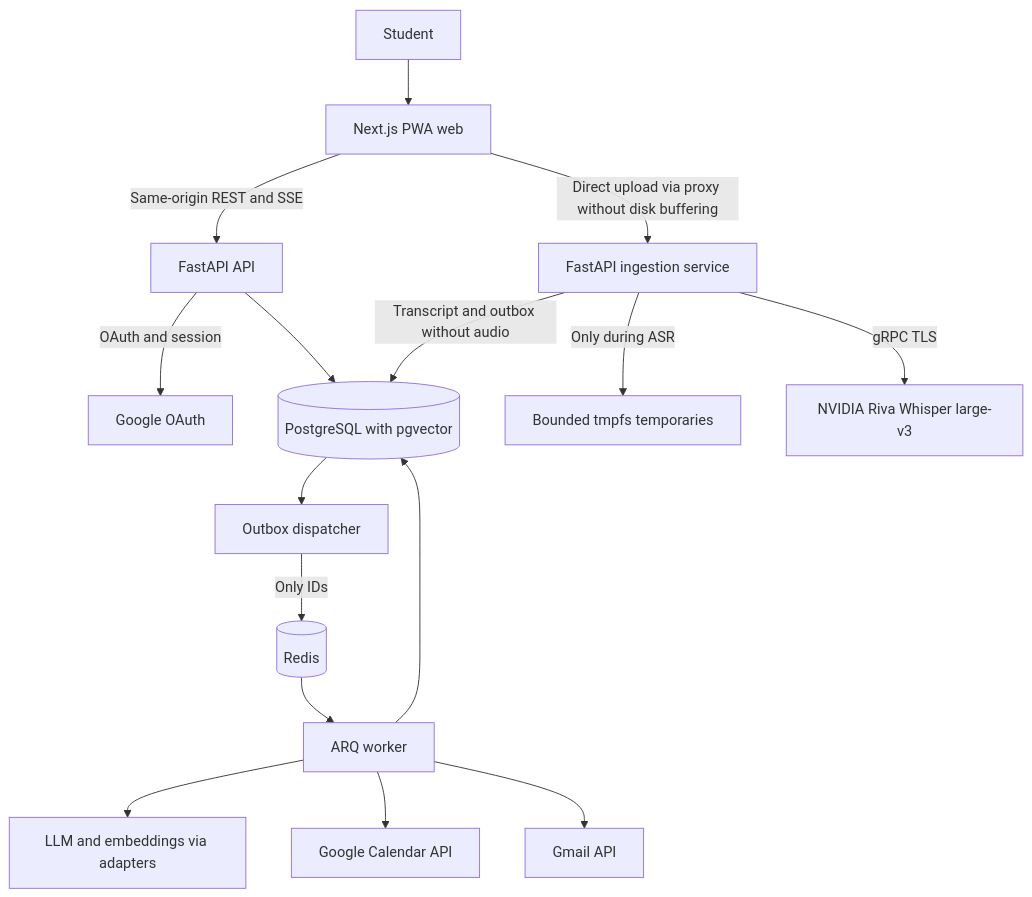
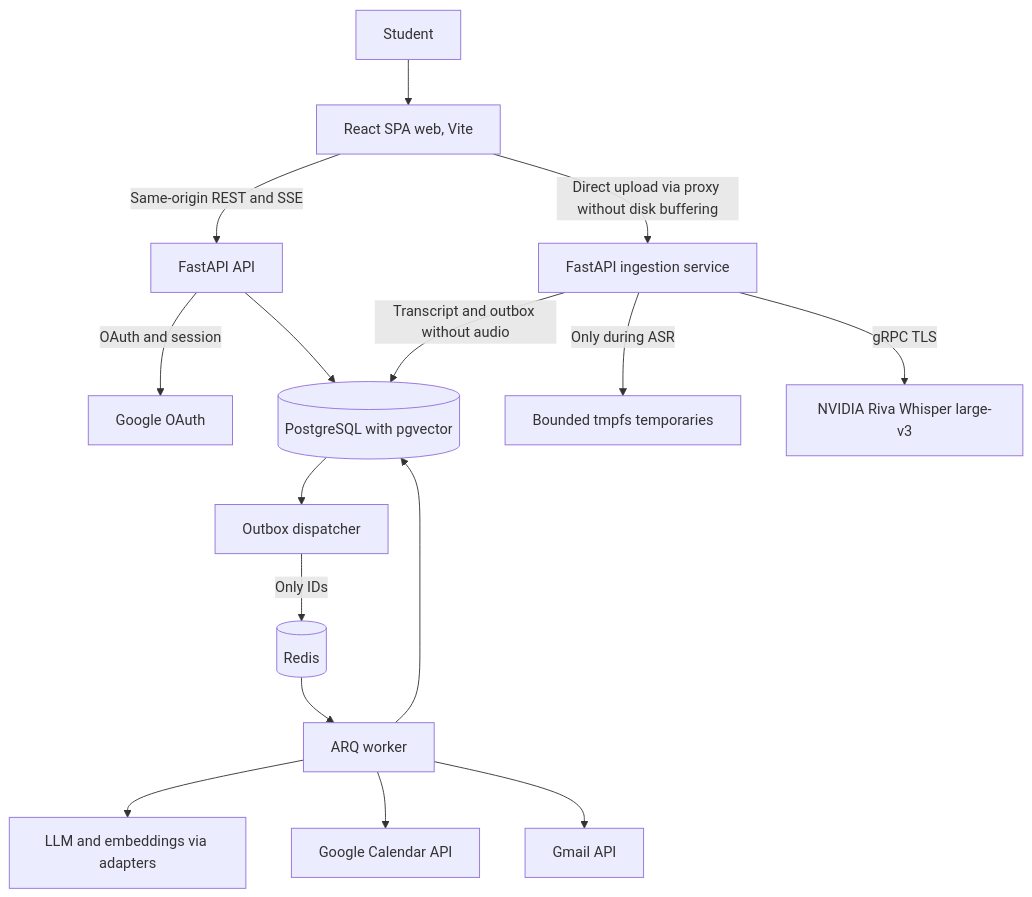
One commit to Nigrumhodo/Maulwurf changed the first of 3 diagrams in docs/ESPECIFICACION.md. Above: the diagram before and after it, drawn with Mermaid. The commit also changed other lines of this file and 7 other files, not shown here.

First line of the commit message:
docs(adr): ADR-0007 web stack Vite + React SPA (L2.10)

````diff
--- a/docs/ESPECIFICACION.md
+++ b/docs/ESPECIFICACION.md
@@ -129,18 +129,18 @@
 ```mermaid
 flowchart TD
-    U[Student] --> WEB[Next.js PWA web]
+    U[Student] --> WEB[React SPA web, Vite]
     WEB -->|Same-origin REST and SSE| API[FastAPI API]
     API -->|OAuth and session| GO[Google OAuth]
     API --> PG[(PostgreSQL with pgvector)]
     WEB -->|Direct upload via proxy without disk buffering| IN[FastAPI ingestion service]
     IN -->|Only during ASR| RAM[Bounded tmpfs temporaries]
     IN -->|gRPC TLS| TR[NVIDIA Riva Whisper large-v3]
     IN -->|Transcript and outbox without audio| PG
     PG --> OB[Outbox dispatcher]
     OB -->|Only IDs| RD[(Redis)]
     RD --> WK[ARQ worker]
     WK --> PG
     WK --> LM[LLM and embeddings via adapters]
     WK --> CA[Google Calendar API]
     WK --> GM[Gmail API]
 ```
````
